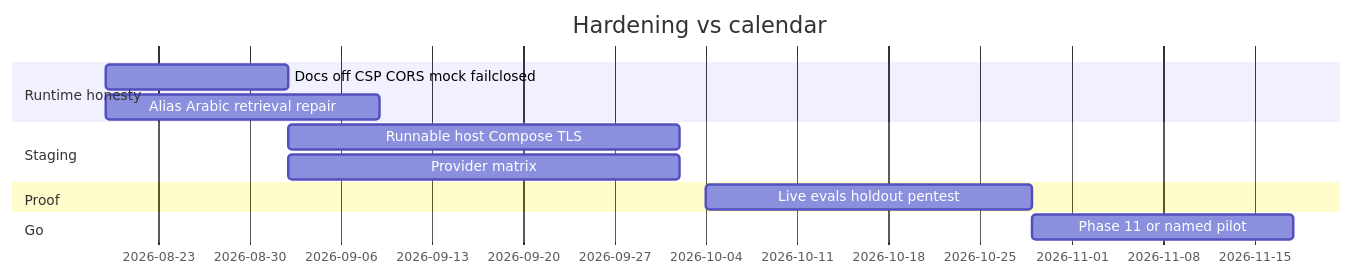
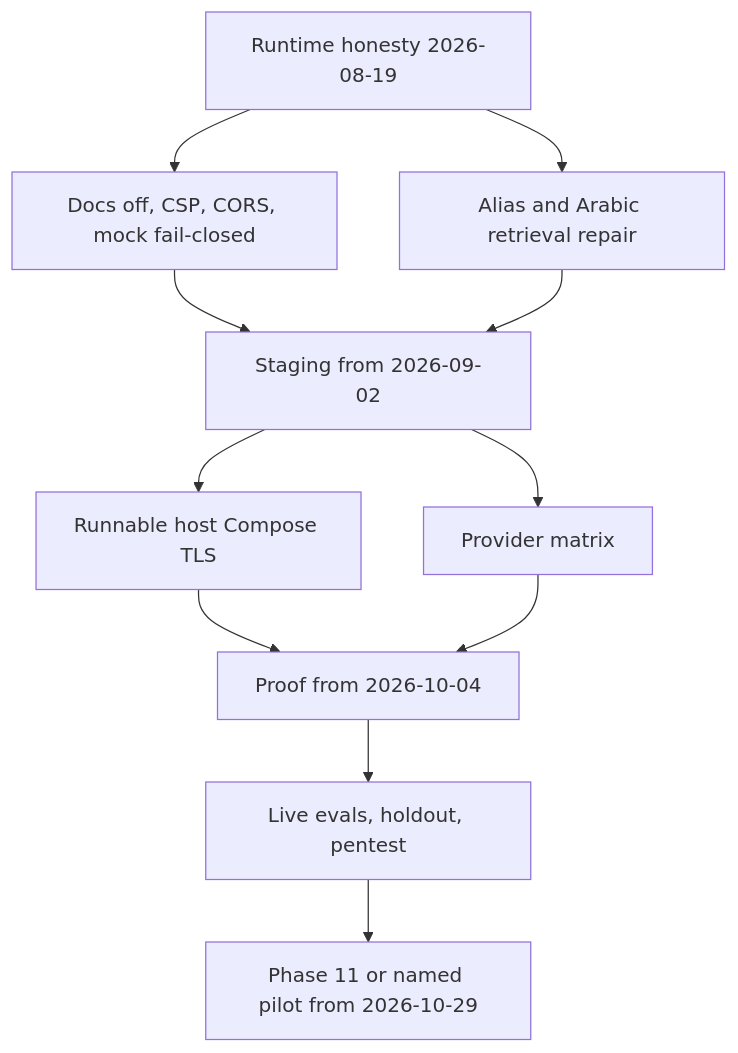
Before and after one commit to Nagdy8888/smart-rag: the diagram in docs/reviews/2026-08-19-production-readiness/91-90-day-plan.md, drawn with Mermaid. The commit also changed 83 other files, not shown here.

````diff
--- a/docs/reviews/2026-08-19-production-readiness/91-90-day-plan.md
+++ b/docs/reviews/2026-08-19-production-readiness/91-90-day-plan.md
@@ -62,15 +62,13 @@
 ```mermaid
-gantt
-  title Hardening vs calendar
-  dateFormat YYYY-MM-DD
-  section Runtime honesty
-  Docs off CSP CORS mock failclosed :a1, 2026-08-19, 14d
-  Alias Arabic retrieval repair :a2, 2026-08-19, 21d
-  section Staging
-  Runnable host Compose TLS :b1, 2026-09-02, 30d
-  Provider matrix :b2, 2026-09-02, 30d
-  section Proof
-  Live evals holdout pentest :c1, 2026-10-04, 25d
-  section Go
-  Phase 11 or named pilot :d1, 2026-10-29, 20d
+flowchart TD
+  honesty["Runtime honesty 2026-08-19"] --> docsOff["Docs off, CSP, CORS, mock fail-closed"]
+  honesty --> aliasRepair["Alias and Arabic retrieval repair"]
+  docsOff --> staging["Staging from 2026-09-02"]
+  aliasRepair --> staging
+  staging --> composeTls["Runnable host Compose TLS"]
+  staging --> providerMatrix["Provider matrix"]
+  composeTls --> proof["Proof from 2026-10-04"]
+  providerMatrix --> proof
+  proof --> evals["Live evals, holdout, pentest"]
+  evals --> goDecision["Phase 11 or named pilot from 2026-10-29"]
 ```
````
